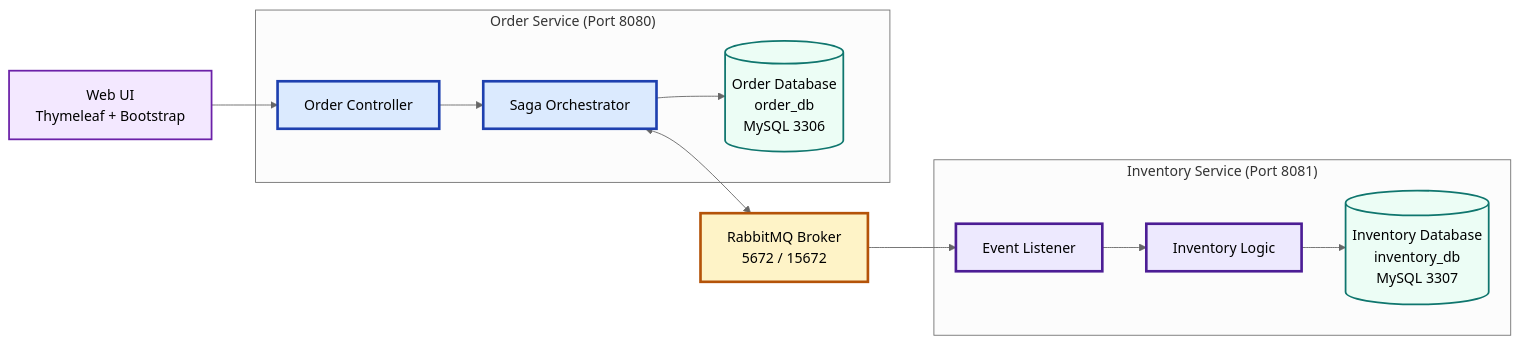
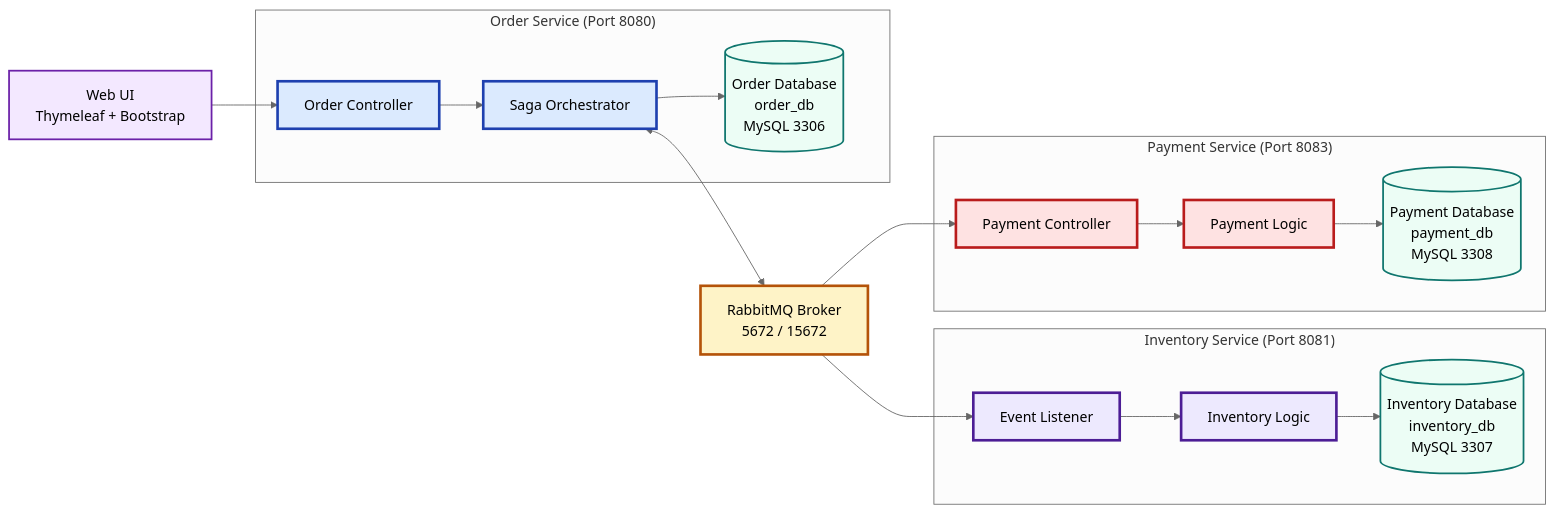
The first of 3 diagrams in README.md (jianglei919/SRS_Ecommerce_Saga), drawn with Mermaid (neutral theme) before and after one commit. The commit also changed other lines of this file and 6 other files, not shown here.

First line of the commit message:
feat: Add Payment Service to e-commerce system

````diff
--- a/README.md
+++ b/README.md
@@ -107,34 +116,46 @@
 ```mermaid
 flowchart LR
  subgraph subGraph0["Order Service (Port 8080)"]
         OC["Order Controller"]
         SO["Saga Orchestrator"]
         ODB[("Order Database<br>order_db<br>MySQL 3306")]
   end
  subgraph subGraph1["Inventory Service (Port 8081)"]
         IL["Event Listener"]
         ISL["Inventory Logic"]
         IDB[("Inventory Database<br>inventory_db<br>MySQL 3307")]
   end
+ subgraph subGraph2["Payment Service (Port 8083)"]
+    PL["Payment Controller"]
+    PSL["Payment Logic"]
+    PDB[("Payment Database<br>payment_db<br>MySQL 3308")]
+  end
     Client["Web UI<br>Thymeleaf + Bootstrap"] --> OC
     OC --> SO
     SO --> ODB
     SO <--> RMQ["RabbitMQ Broker<br>5672 / 15672"]
     RMQ --> IL
     IL --> ISL
     ISL --> IDB
+    RMQ --> PL
+    PL --> PSL
+    PSL --> PDB
 
      Client:::client
      OC:::order
      SO:::order
      ODB:::database
      IL:::inventory
      ISL:::inventory
      IDB:::database
+     PL:::payment
+     PSL:::payment
+     PDB:::database
      RMQ:::mq
     classDef client fill:#f3e8ff,stroke:#6b21a8,stroke-width:2px
     classDef order fill:#dbeafe,stroke:#1e40af,stroke-width:3px
     classDef inventory fill:#ede9fe,stroke:#4c1d95,stroke-width:3px
+    classDef payment fill:#fee2e2,stroke:#b91c1c,stroke-width:3px
     classDef database fill:#ecfdf5,stroke:#0f766e,stroke-width:2px
     classDef mq fill:#fef3c7,stroke:#b45309,stroke-width:3px
 ```
````
